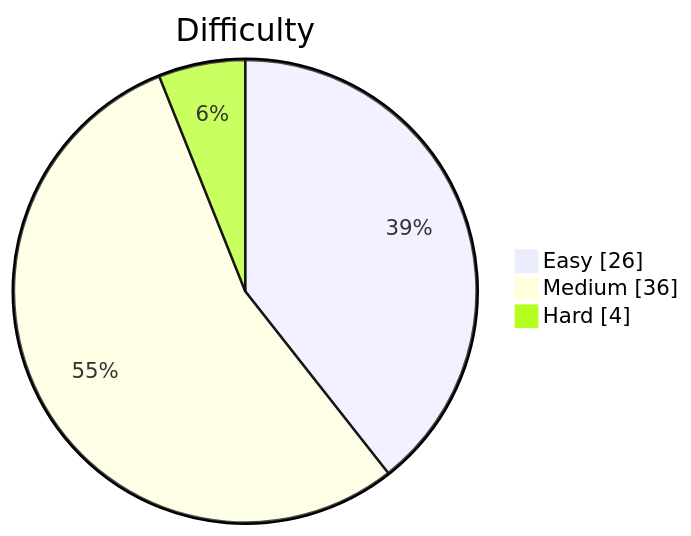
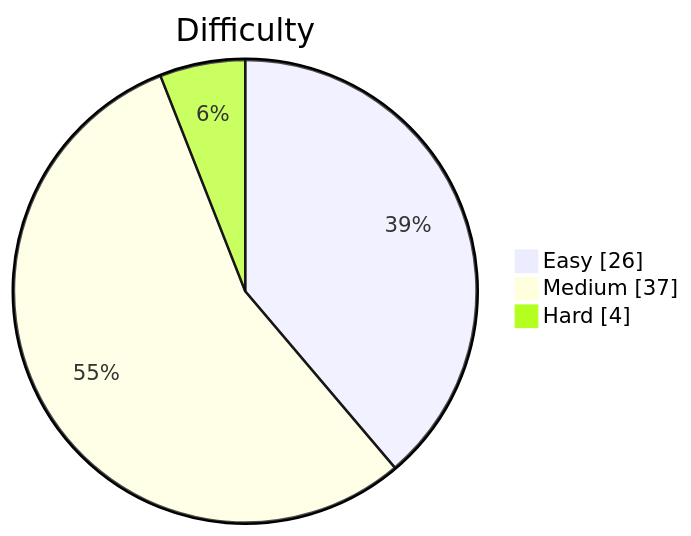
Before and after one commit to kevstevie/python-algo-practice: the diagram in README.md, drawn with Mermaid. The commit also changed other lines of this file, not shown here.

````diff
--- a/README.md
+++ b/README.md
@@ -13,7 +13,7 @@
 ```mermaid
 pie showData
     title Difficulty
     "Easy"   : 26
-    "Medium" : 36
+    "Medium" : 37
     "Hard"   : 4
 ```
````
